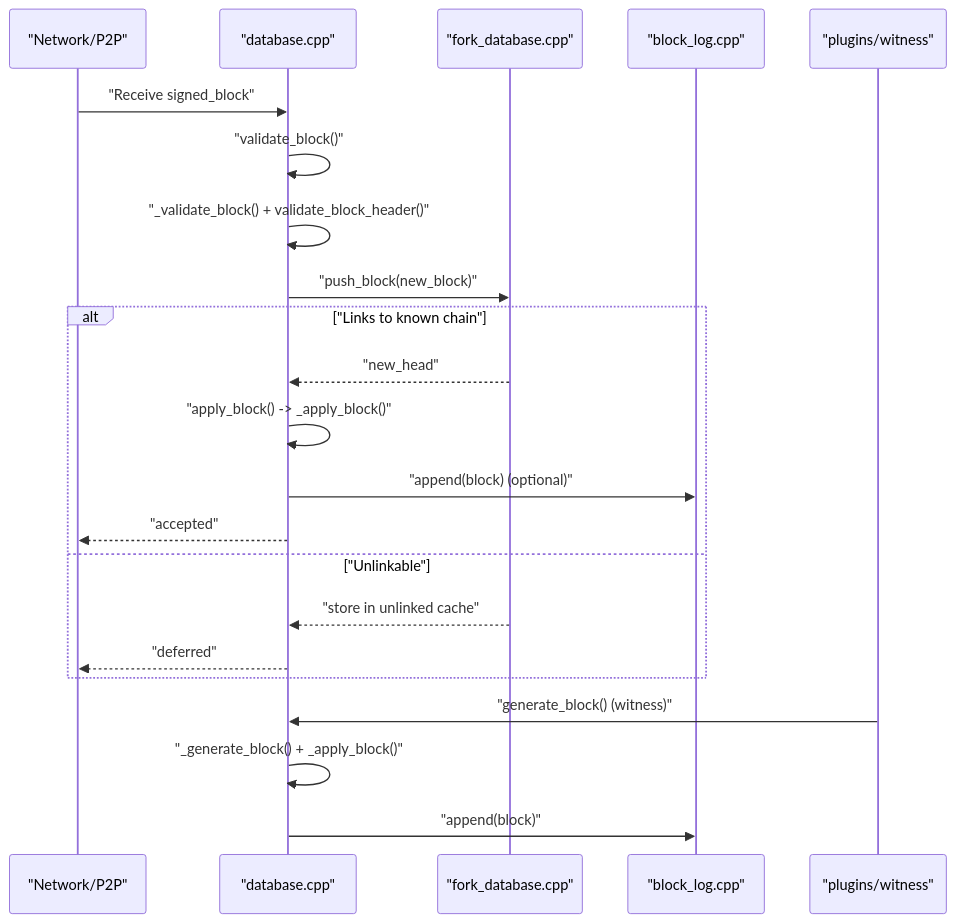
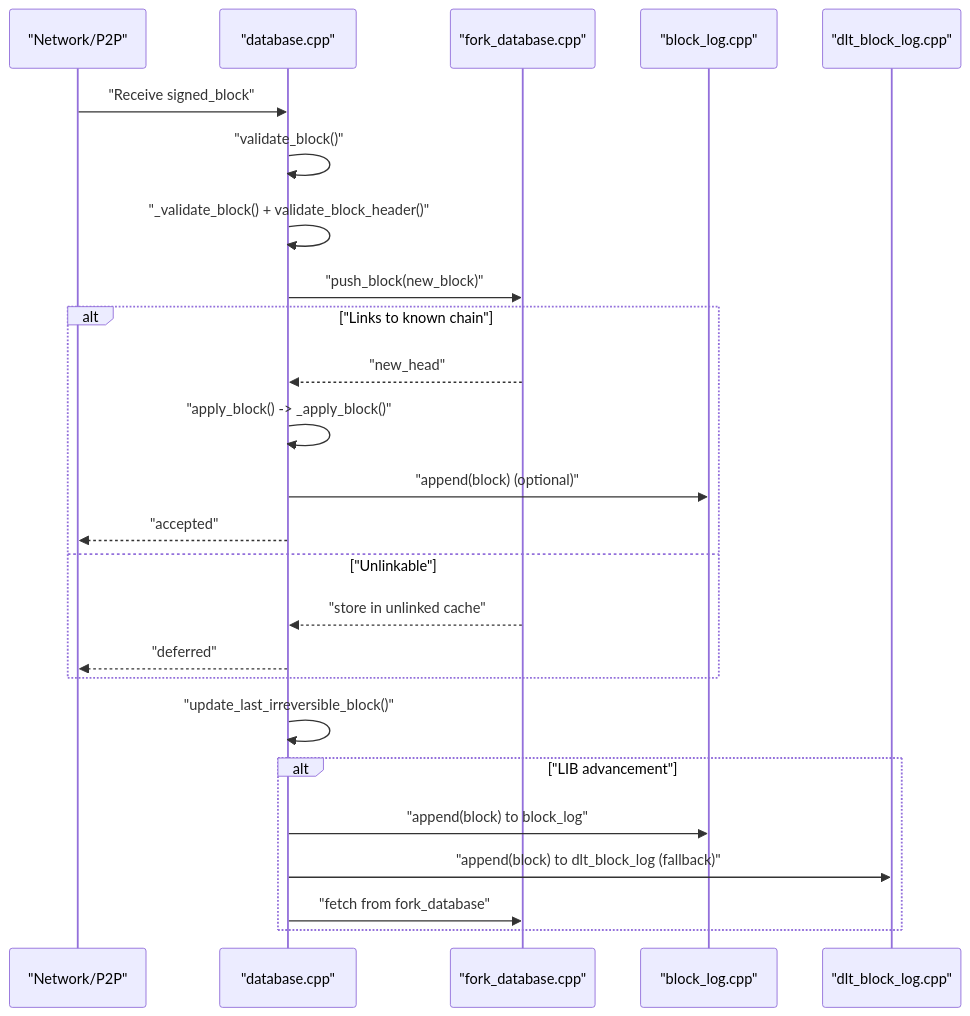
The second of 9 diagrams in .qoder/repowiki/en/content/Architecture Overview/Data Flow and Processing/Block Processing and Validation.md (VIZ-Blockchain/viz-cpp-node), drawn with Mermaid before and after one commit. The commit also changed other lines of this file and 5 other files, not shown here.

First line of the commit message:
feat(database): enhance block retrieval with multi-layered fallback strategy

````diff
--- a/.qoder/repowiki/en/content/Architecture Overview/Data Flow and Processing/Block Processing and Validation.md
+++ b/.qoder/repowiki/en/content/Architecture Overview/Data Flow and Processing/Block Processing and Validation.md
@@ -117,24 +132,27 @@
 ```mermaid
 sequenceDiagram
 participant Net as "Network/P2P"
 participant DB as "database.cpp"
 participant FH as "fork_database.cpp"
 participant BL as "block_log.cpp"
-participant PL as "plugins/witness"
+participant DLT as "dlt_block_log.cpp"
 Net->>DB : "Receive signed_block"
 DB->>DB : "validate_block()"
 DB->>DB : "_validate_block() + validate_block_header()"
 DB->>FH : "push_block(new_block)"
 alt "Links to known chain"
 FH-->>DB : "new_head"
 DB->>DB : "apply_block() -> _apply_block()"
 DB->>BL : "append(block) (optional)"
 DB-->>Net : "accepted"
 else "Unlinkable"
 FH-->>DB : "store in unlinked cache"
 DB-->>Net : "deferred"
 end
-PL->>DB : "generate_block() (witness)"
-DB->>DB : "_generate_block() + _apply_block()"
-DB->>BL : "append(block)"
+DB->>DB : "update_last_irreversible_block()"
+alt "LIB advancement"
+DB->>BL : "append(block) to block_log"
+DB->>DLT : "append(block) to dlt_block_log (fallback)"
+DB->>FH : "fetch from fork_database"
+end
 ```
````
